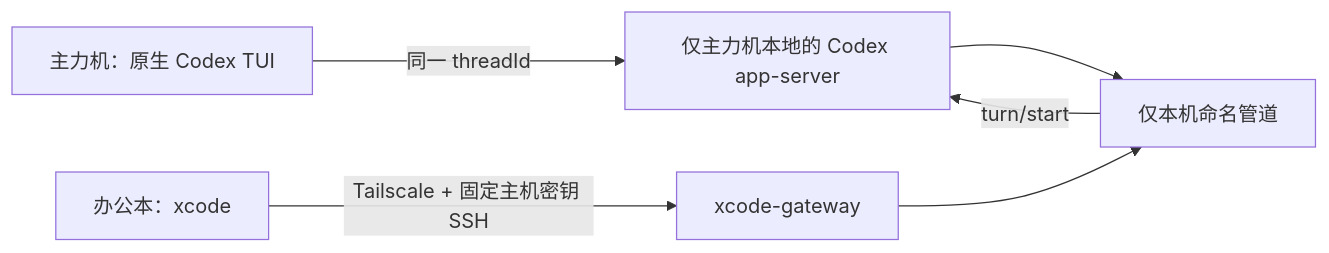
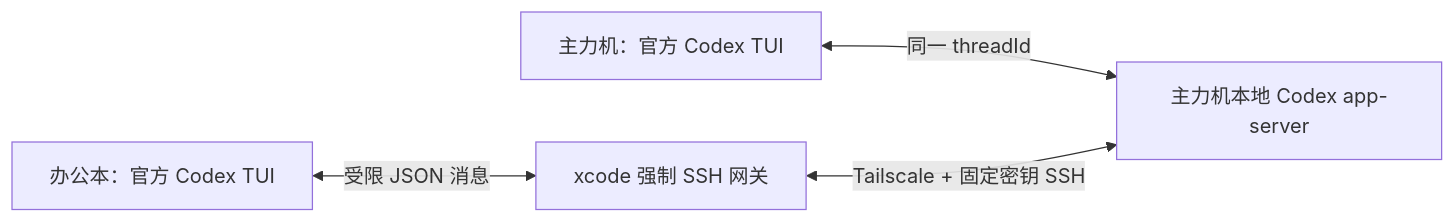
One commit to hanhan761/xcode changed the diagram in README.md. Above: the diagram before and after it, drawn with Mermaid. The commit also changed other lines of this file and 24 other files, not shown here.

Commit message:
feat: run official Codex TUI on both devices

````diff
--- a/README.md
+++ b/README.md
@@ -5,7 +7,6 @@
 ```mermaid
 flowchart LR
-  A[主力机：原生 Codex TUI] -->|同一 threadId| B[仅主力机本地的 Codex app-server]
-  B --> C[仅本机命名管道]
-  D[办公本：xcode] -->|Tailscale + 固定主机密钥 SSH| E[xcode-gateway]
-  E --> C -->|turn/start| B
+  M[主力机：官方 Codex TUI] <-->|同一 threadId| A[主力机本地 Codex app-server]
+  O[办公本：官方 Codex TUI] <-->|受限 JSON 消息| G[xcode 强制 SSH 网关]
+  G <-->|Tailscale + 固定密钥 SSH| A
 ```
````
